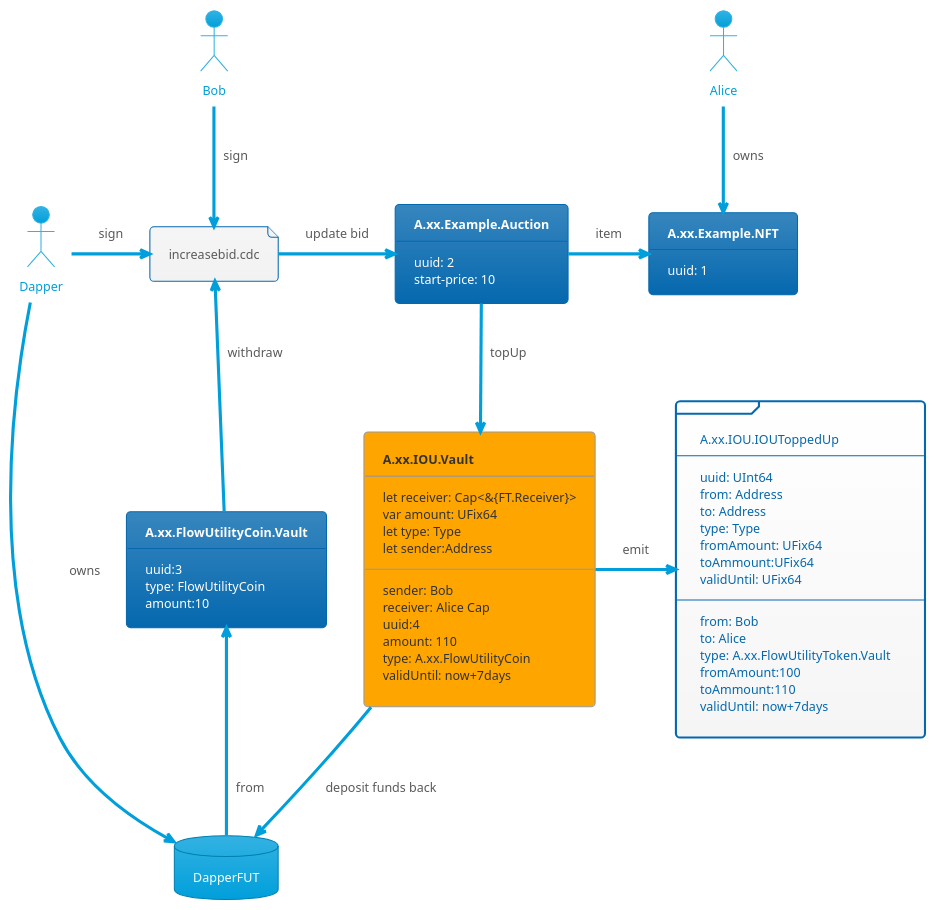
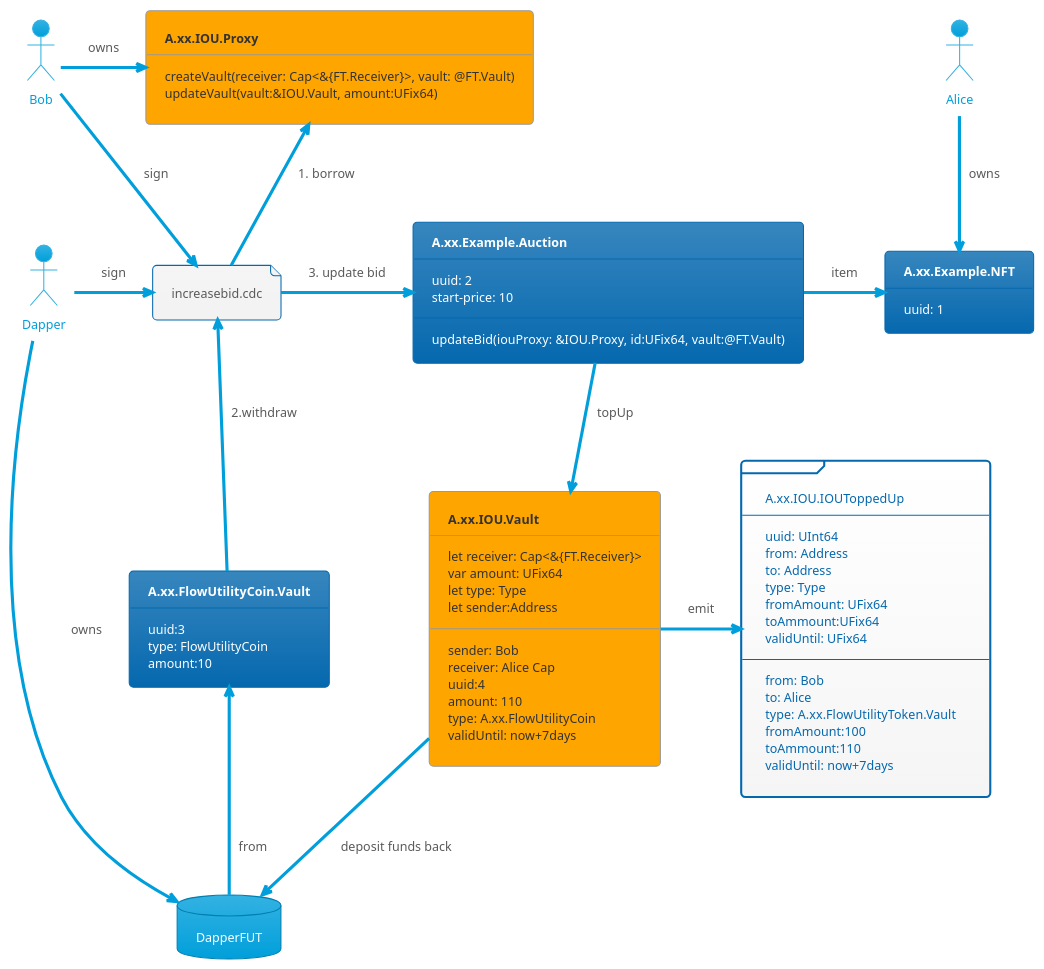
One commit to findonflow/iou changed the diagram in increaseBid.puml. Above: the diagram before and after it, drawn with PlantUML. The commit also changed 8 other files, not shown here.

```diff
--- a/increaseBid.puml
+++ b/increaseBid.puml
@@ -1,87 +1,98 @@
 @startuml
 !theme bluegray
 
 actor Bob
 actor Alice
 actor Dapper
 
 Database DapperFUT 
 
 file Bid [
     increasebid.cdc
 ]
 
 frame iouupdated [
     A.xx.IOU.IOUToppedUp
     ---
     uuid: UInt64
     from: Address
     to: Address
     type: Type
     fromAmount: UFix64
     toAmmount:UFix64
     validUntil: UFix64
     ---
     from: Bob
     to: Alice
     type: A.xx.FlowUtilityToken.Vault
     fromAmount:100
     toAmmount:110 
     validUntil: now+7days
 ]
 
 
 card Vault [
         <b>A.xx.FlowUtilityCoin.Vault
         ---
         uuid:3
         type: FlowUtilityCoin
         amount:10
     ]
 
 
 card NFT [
     <b>A.xx.Example.NFT
     ---
     uuid: 1
 ]
 
 card Auction [
     <b>A.xx.Example.Auction
     ---
     uuid: 2
     start-price: 10
+    ---
+    updateBid(iouProxy: &IOU.Proxy, id:UFix64, vault:@FT.Vault)
+]
+
+agent Proxy [
+    <b>A.xx.IOU.Proxy
+    ---
+    createVault(receiver: Cap<&{FT.Receiver}>, vault: @FT.Vault)
+    updateVault(vault:&IOU.Vault, amount:UFix64)
 ]
 
 agent IOU [
     <b>A.xx.IOU.Vault
     ---
     let receiver: Cap<&{FT.Receiver}>
     var amount: UFix64
     let type: Type
     let sender:Address
     ---
     sender: Bob
     receiver: Alice Cap
     uuid:4
     amount: 110
     type: A.xx.FlowUtilityCoin
     validUntil: now+7days
 ]
+Bob -right-> Proxy : owns
+Bid -up-> Proxy: 1. borrow
 
 Bob --> Bid : sign
 Dapper -right-> Bid: sign
 
-Bid -right-> Auction: update bid
+Bid -right-> Auction: 3. update bid
 Auction --> IOU : topUp
-Bid <-- Vault : withdraw
+Bid <-- Vault : 2.withdraw
 Vault <-- DapperFUT: from
 Dapper --> DapperFUT : owns
 
 IOU --> DapperFUT: deposit funds back
 Auction -right-> NFT : item 
 
 IOU -right-> iouupdated: emit
 Alice --> NFT : owns
 
 @enduml
```
